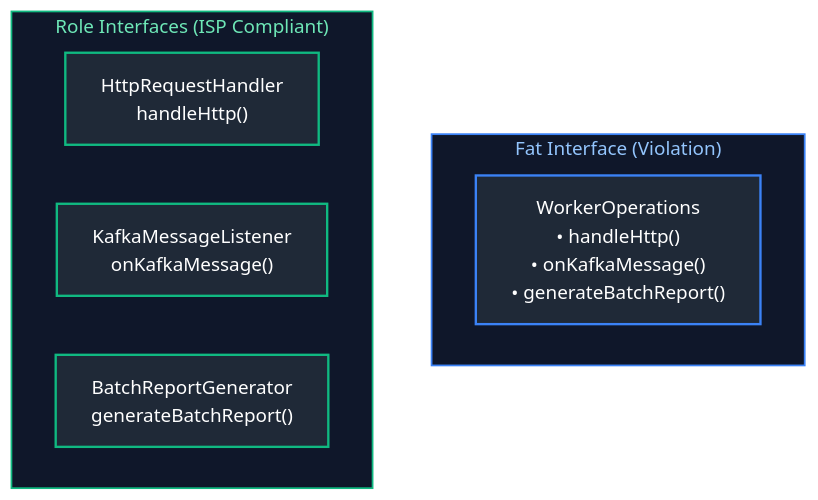
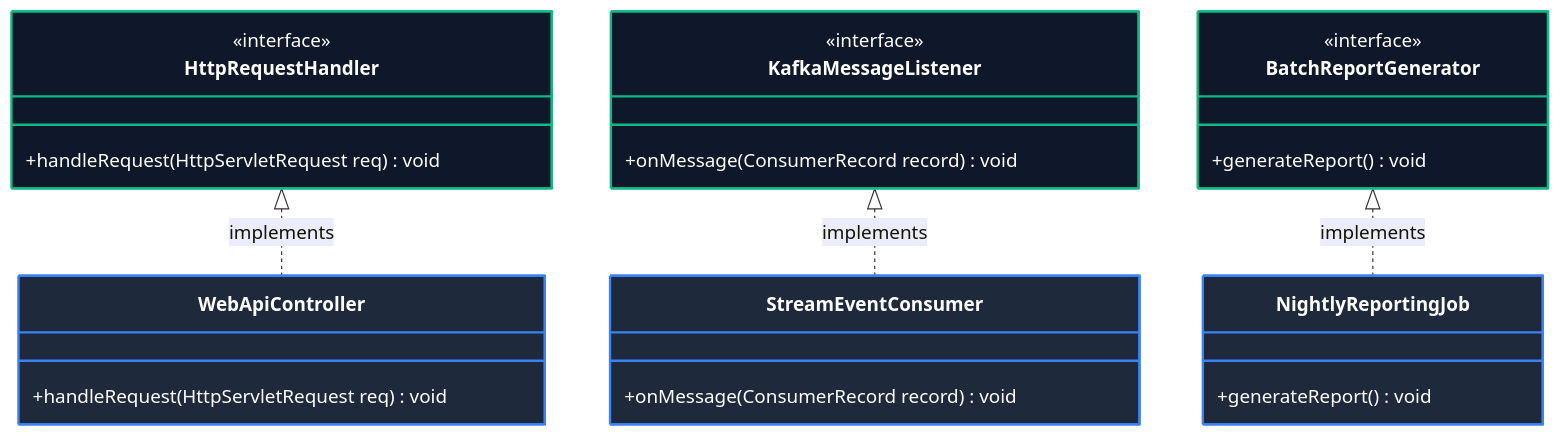
Before and after one commit to joydeep-biswas/Interview-Preparation: the fourth of 22 diagrams in Java Backend Engineering/06_design_patterns_solid_software_architecture.md, drawn with Mermaid. The commit also changed other lines of this file and 76 other files, not shown here.

Commit message:
Updated Charts

````diff
--- a/Java Backend Engineering/06_design_patterns_solid_software_architecture.md
+++ b/Java Backend Engineering/06_design_patterns_solid_software_architecture.md
@@ -301,20 +339,36 @@
 ```mermaid
-flowchart TD
-    subgraph Fat_Interface["Fat Interface (Violation)"]
-        Worker["WorkerOperations<br/>• handleHttp()<br/>• onKafkaMessage()<br/>• generateBatchReport()"]
-    end
-    
-    subgraph Segregated_Interfaces["Role Interfaces (ISP Compliant)"]
-        R1["HttpRequestHandler<br/>handleHttp()"]
-        R2["KafkaMessageListener<br/>onKafkaMessage()"]
-        R3["BatchReportGenerator<br/>generateBatchReport()"]
-    end
+classDiagram
+    direction TB
+    class HttpRequestHandler {
+        <<interface>>
+        +handleRequest(HttpServletRequest req) void
+    }
+    class KafkaMessageListener {
+        <<interface>>
+        +onMessage(ConsumerRecord record) void
+    }
+    class BatchReportGenerator {
+        <<interface>>
+        +generateReport() void
+    }
+    class WebApiController {
+        +handleRequest(HttpServletRequest req) void
+    }
+    class StreamEventConsumer {
+        +onMessage(ConsumerRecord record) void
+    }
+    class NightlyReportingJob {
+        +generateReport() void
+    }
 
-    style Fat_Interface fill:#0f172a,stroke:#3b82f6,stroke-width:1.5px,color:#93c5fd
-    style Segregated_Interfaces fill:#0f172a,stroke:#10b981,stroke-width:1.5px,color:#6ee7b7
+    HttpRequestHandler <|.. WebApiController : implements
+    KafkaMessageListener <|.. StreamEventConsumer : implements
+    BatchReportGenerator <|.. NightlyReportingJob : implements
 
-    style Worker fill:#1f2937,stroke:#3b82f6,stroke-width:2px,color:#fff
-    style R1 fill:#1f2937,stroke:#10b981,stroke-width:2px,color:#fff
-    style R2 fill:#1f2937,stroke:#10b981,stroke-width:2px,color:#fff
-    style R3 fill:#1f2937,stroke:#10b981,stroke-width:2px,color:#fff
+    style HttpRequestHandler fill:#0f172a,stroke:#10b981,stroke-width:2px,color:#ffffff
+    style KafkaMessageListener fill:#0f172a,stroke:#10b981,stroke-width:2px,color:#ffffff
+    style BatchReportGenerator fill:#0f172a,stroke:#10b981,stroke-width:2px,color:#ffffff
+    style WebApiController fill:#1e293b,stroke:#3b82f6,stroke-width:2px,color:#ffffff
+    style StreamEventConsumer fill:#1e293b,stroke:#3b82f6,stroke-width:2px,color:#ffffff
+    style NightlyReportingJob fill:#1e293b,stroke:#3b82f6,stroke-width:2px,color:#ffffff
 ```
````
